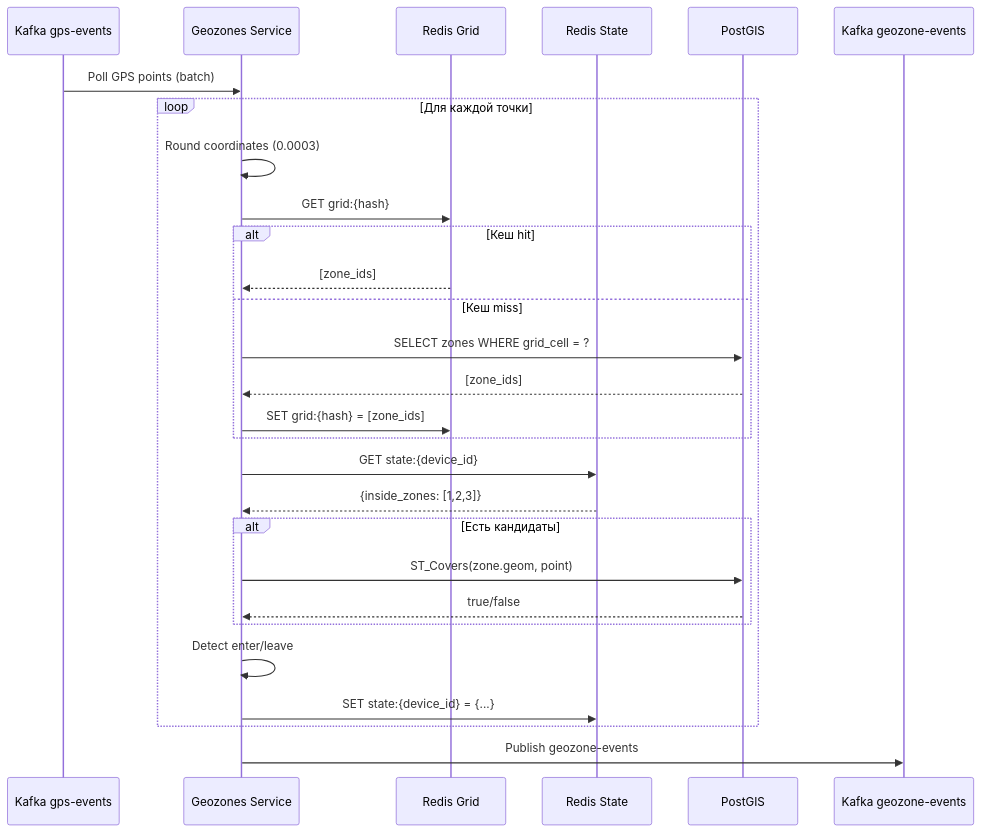
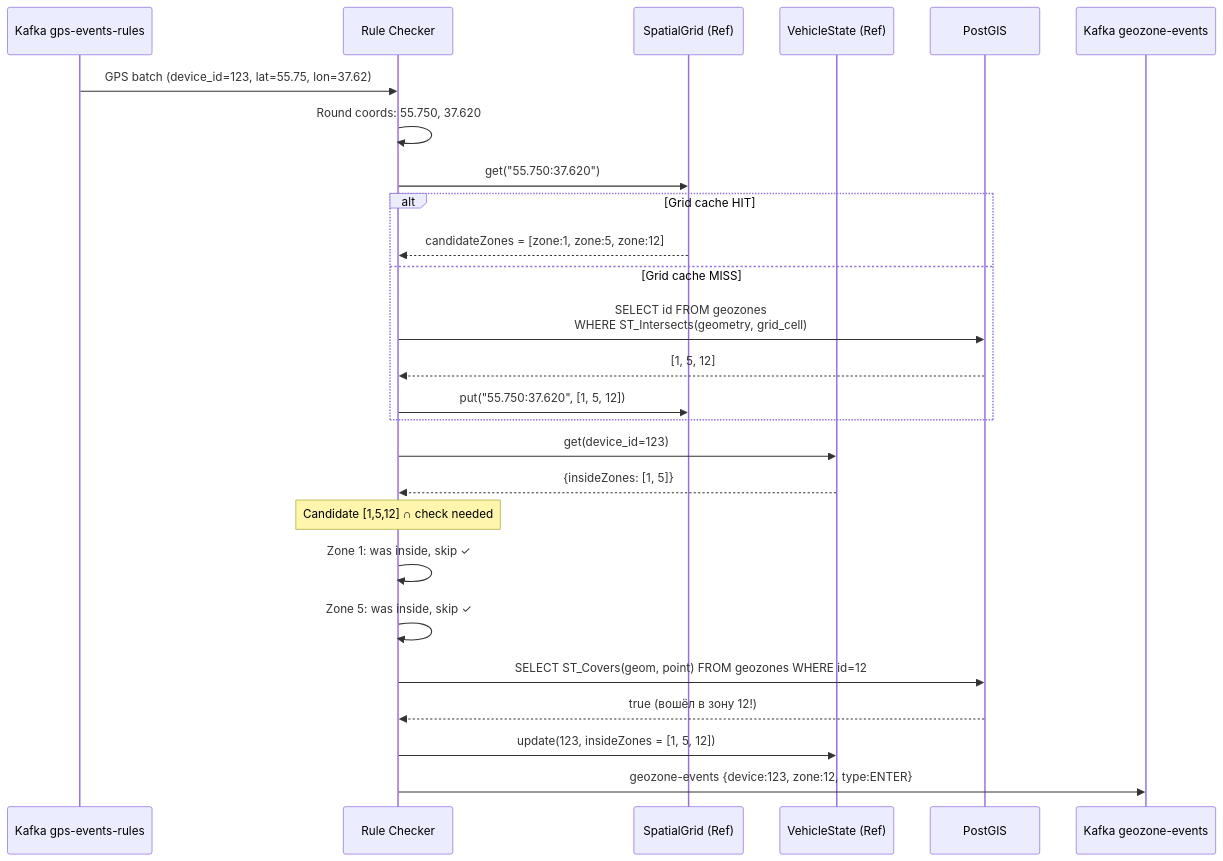
One commit to revarewerd/wayrecall-tracker-system changed the eighth of 28 diagrams in docs/blocks/ARCHITECTURE_BLOCK2.md. Above: the diagram before and after it, drawn with Mermaid. The commit also changed other lines of this file and 544 other files, not shown here.

````diff
--- a/docs/blocks/ARCHITECTURE_BLOCK2.md
+++ b/docs/blocks/ARCHITECTURE_BLOCK2.md
@@ -179,37 +538,35 @@
 ```mermaid
 sequenceDiagram
-    participant K as Kafka gps-events
-    participant GS as Geozones Service
-    participant RG as Redis Grid
-    participant RS as Redis State
+    participant K as Kafka gps-events-rules
+    participant RC as Rule Checker
+    participant SG as SpatialGrid (Ref)
+    participant VS as VehicleState (Ref)
     participant PG as PostGIS
     participant KE as Kafka geozone-events
 
-    K->>GS: Poll GPS points (batch)
-    
-    loop Для каждой точки
-        GS->>GS: Round coordinates (0.0003)
-        GS->>RG: GET grid:{hash}
-        
-        alt Кеш hit
-            RG-->>GS: [zone_ids]
-        else Кеш miss
-            GS->>PG: SELECT zones WHERE grid_cell = ?
-            PG-->>GS: [zone_ids]
-            GS->>RG: SET grid:{hash} = [zone_ids]
-        end
-        
-        GS->>RS: GET state:{device_id}
-        RS-->>GS: {inside_zones: [1,2,3]}
-        
-        alt Есть кандидаты
-            GS->>PG: ST_Covers(zone.geom, point)
-            PG-->>GS: true/false
-        end
-        
-        GS->>GS: Detect enter/leave
-        GS->>RS: SET state:{device_id} = {...}
+    K->>RC: GPS batch (device_id=123, lat=55.75, lon=37.62)
+
+    RC->>RC: Round coords: 55.750, 37.620
+    RC->>SG: get("55.750:37.620")
+
+    alt Grid cache HIT
+        SG-->>RC: candidateZones = [zone:1, zone:5, zone:12]
+    else Grid cache MISS
+        RC->>PG: SELECT id FROM geozones<br/>WHERE ST_Intersects(geometry, grid_cell)
+        PG-->>RC: [1, 5, 12]
+        RC->>SG: put("55.750:37.620", [1, 5, 12])
     end
-    
-    GS->>KE: Publish geozone-events
+
+    RC->>VS: get(device_id=123)
+    VS-->>RC: {insideZones: [1, 5]}
+
+    Note over RC: Candidate [1,5,12] ∩ check needed
+
+    RC->>RC: Zone 1: was inside, skip ✓
+    RC->>RC: Zone 5: was inside, skip ✓
+    RC->>PG: SELECT ST_Covers(geom, point) FROM geozones WHERE id=12
+    PG-->>RC: true (вошёл в зону 12!)
+
+    RC->>VS: update(123, insideZones = [1, 5, 12])
+    RC->>KE: geozone-events {device:123, zone:12, type:ENTER}
 ```
````
